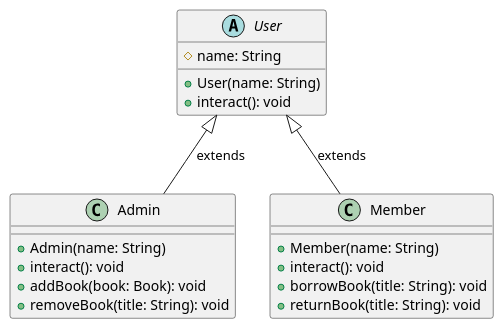
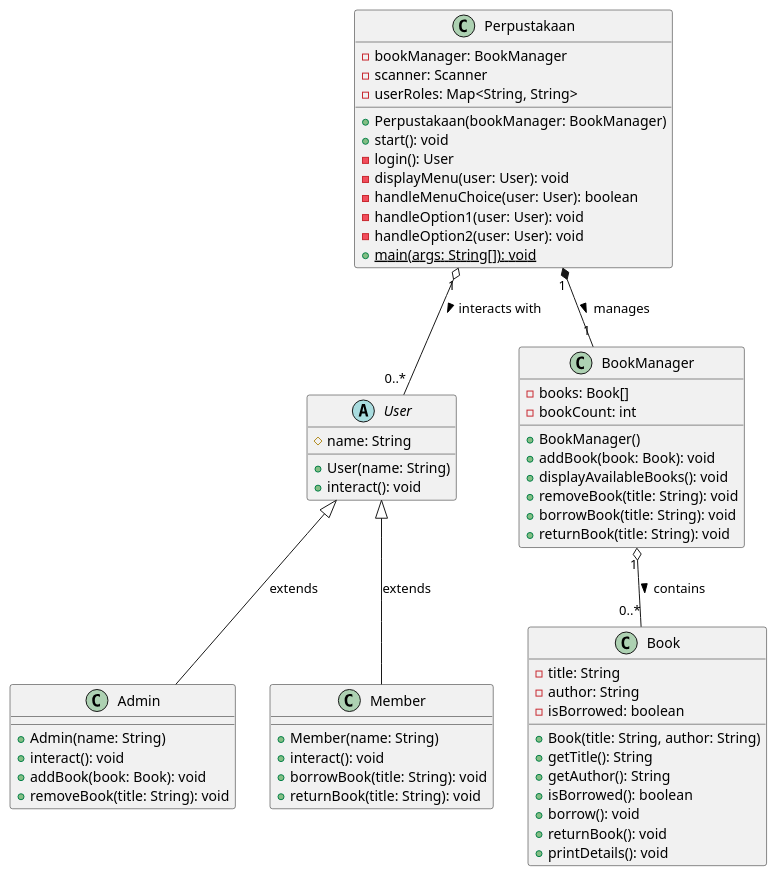
One commit to Ratson21/teamAssignment1 changed the diagram in docs/class-diagram.puml. Above: the diagram before and after it, drawn with PlantUML. The commit also changed 1 other file, not shown here.

Commit message:
docs: finalize class diagram

```diff
--- a/docs/class-diagram.puml
+++ b/docs/class-diagram.puml
@@ -1,26 +1,68 @@
 @startuml
-
 abstract class User {
     # name: String
     + User(name: String)
     + interact(): void
 }
 
 class Admin {
     + Admin(name: String)
     + interact(): void
     + addBook(book: Book): void
     + removeBook(title: String): void
 }
 
 class Member {
     + Member(name: String)
     + interact(): void
     + borrowBook(title: String): void
     + returnBook(title: String): void
 }
 
+class Book {
+    - title: String
+    - author: String
+    - isBorrowed: boolean
+    + Book(title: String, author: String)
+    + getTitle(): String
+    + getAuthor(): String
+    + isBorrowed(): boolean
+    + borrow(): void
+    + returnBook(): void
+    + printDetails(): void
+}
+
+class BookManager {
+    - books: Book[]
+    - bookCount: int
+    + BookManager()
+    + addBook(book: Book): void
+    + displayAvailableBooks(): void
+    + removeBook(title: String): void
+    + borrowBook(title: String): void
+    + returnBook(title: String): void
+}
+
+class Perpustakaan {
+    - bookManager: BookManager
+    - scanner: Scanner
+    - userRoles: Map<String, String>
+    + Perpustakaan(bookManager: BookManager)
+    + start(): void
+    - login(): User
+    - displayMenu(user: User): void
+    - handleMenuChoice(user: User): boolean
+    - handleOption1(user: User): void
+    - handleOption2(user: User): void
+    + {static} main(args: String[]): void
+}
+
+' Hubungan Inheritansi (Pewarisan)
 User <|-- Admin : extends
 User <|-- Member : extends
 
+' Hubungan Komposisi/Agregasi/Asosiasi
+Perpustakaan "1" *-- "1" BookManager : manages >
+BookManager "1" o-- "0..*" Book : contains >
+Perpustakaan "1" o-- "0..*" User : interacts with >
 @enduml
```
